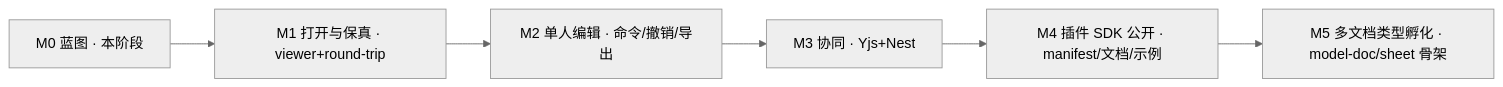
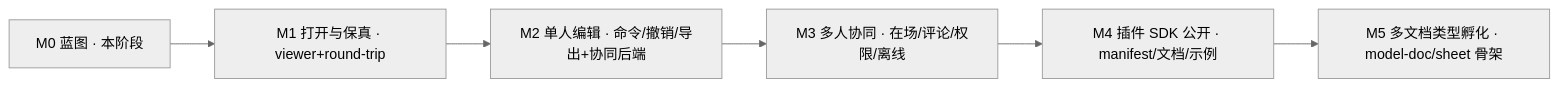
Before and after one commit to Xeonice/cordis-ppt-editor: diagram 18 of 18 in docs/00-charter/charter.md, drawn with Mermaid (neutral theme). The commit also changed other lines of this file and 79 other files, not shown here.

````diff
--- a/docs/00-charter/charter.md
+++ b/docs/00-charter/charter.md
@@ -765,5 +770,5 @@
 ```mermaid
 flowchart LR
-  m0["M0 蓝图 · 本阶段"] --> m1["M1 打开与保真 · viewer+round-trip"] --> m2["M2 单人编辑 · 命令/撤销/导出"]
-  m2 --> m3["M3 协同 · Yjs+Nest"] --> m4["M4 插件 SDK 公开 · manifest/文档/示例"] --> m5["M5 多文档类型孵化 · model-doc/sheet 骨架"]
+  m0["M0 蓝图 · 本阶段"] --> m1["M1 打开与保真 · viewer+round-trip"] --> m2["M2 单人编辑 · 命令/撤销/导出+协同后端"]
+  m2 --> m3["M3 多人协同 · 在场/评论/权限/离线"] --> m4["M4 插件 SDK 公开 · manifest/文档/示例"] --> m5["M5 多文档类型孵化 · model-doc/sheet 骨架"]
 ```
````
